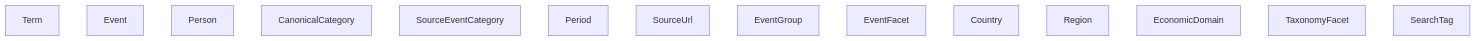
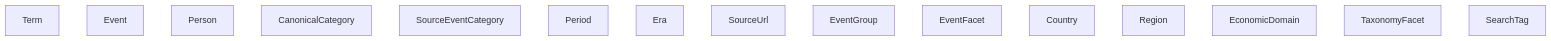
Before and after one commit to SKNETWORKS-FAMILY-AICAMP/SKN27-FINAL-2Team: the second of 3 diagrams in docs/neo4j/neo4j_implementation_full_flow.md, drawn with Mermaid. The commit also changed other lines of this file and 21 other files, not shown here.

````diff
--- a/docs/neo4j/neo4j_implementation_full_flow.md
+++ b/docs/neo4j/neo4j_implementation_full_flow.md
@@ -193,17 +200,18 @@
 ```mermaid
 flowchart TD
     Term["Term"]
     Event["Event"]
     Person["Person"]
     Category["CanonicalCategory"]
     SourceCat["SourceEventCategory"]
     Period["Period"]
+    Era["Era"]
     Url["SourceUrl"]
     EventGroup["EventGroup"]
     EventFacet["EventFacet"]
     Country["Country"]
     Region["Region"]
     Econ["EconomicDomain"]
     TaxFacet["TaxonomyFacet"]
     SearchTag["SearchTag"]
 ```
````
